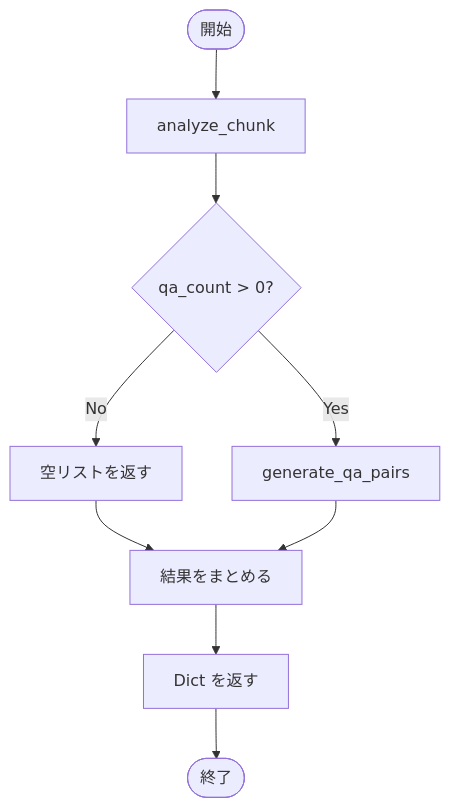
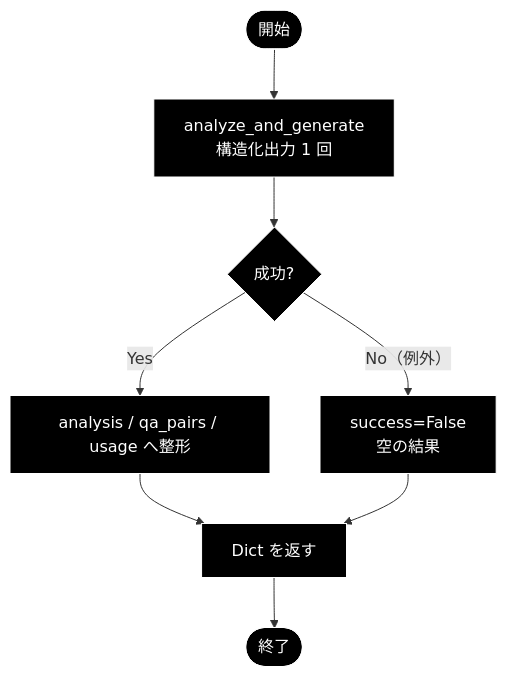
The eighth of 8 diagrams in qa_qdrant/docs/make_qa_qapipeline.md (nakashima2toshio/grace_v2), drawn with Mermaid before and after one commit. The commit also changed other lines of this file and 11 other files, not shown here.

````diff
--- a/qa_qdrant/docs/make_qa_qapipeline.md
+++ b/qa_qdrant/docs/make_qa_qapipeline.md
@@ -908,14 +927,15 @@
 ```mermaid
 flowchart TD
-    START([開始]) --> ANALYZE[analyze_chunk]
-    ANALYZE --> CHECK_COUNT{qa_count > 0?}
-    
-    CHECK_COUNT -->|No| SKIP[空リストを返す]
-    CHECK_COUNT -->|Yes| GENERATE[generate_qa_pairs]
-    
-    SKIP --> RESULT[結果をまとめる]
-    GENERATE --> RESULT
-    
-    RESULT --> RETURN[Dict を返す]
+    START([開始]) --> CALL["analyze_and_generate<br>構造化出力 1 回"]
+    CALL --> CHECK_OK{成功?}
+
+    CHECK_OK -->|No（例外）| FAIL["success=False<br>空の結果"]
+    CHECK_OK -->|Yes| SHAPE["analysis / qa_pairs / usage へ整形"]
+
+    SHAPE --> RETURN[Dict を返す]
+    FAIL --> RETURN
     RETURN --> END([終了])
+classDef default fill:#000,stroke:#fff,color:#fff
+classDef subgraphStyle fill:#1a1a1a,stroke:#fff,color:#fff
+class START,CALL,CHECK_OK,FAIL,SHAPE,RETURN,END default
 ```
````
